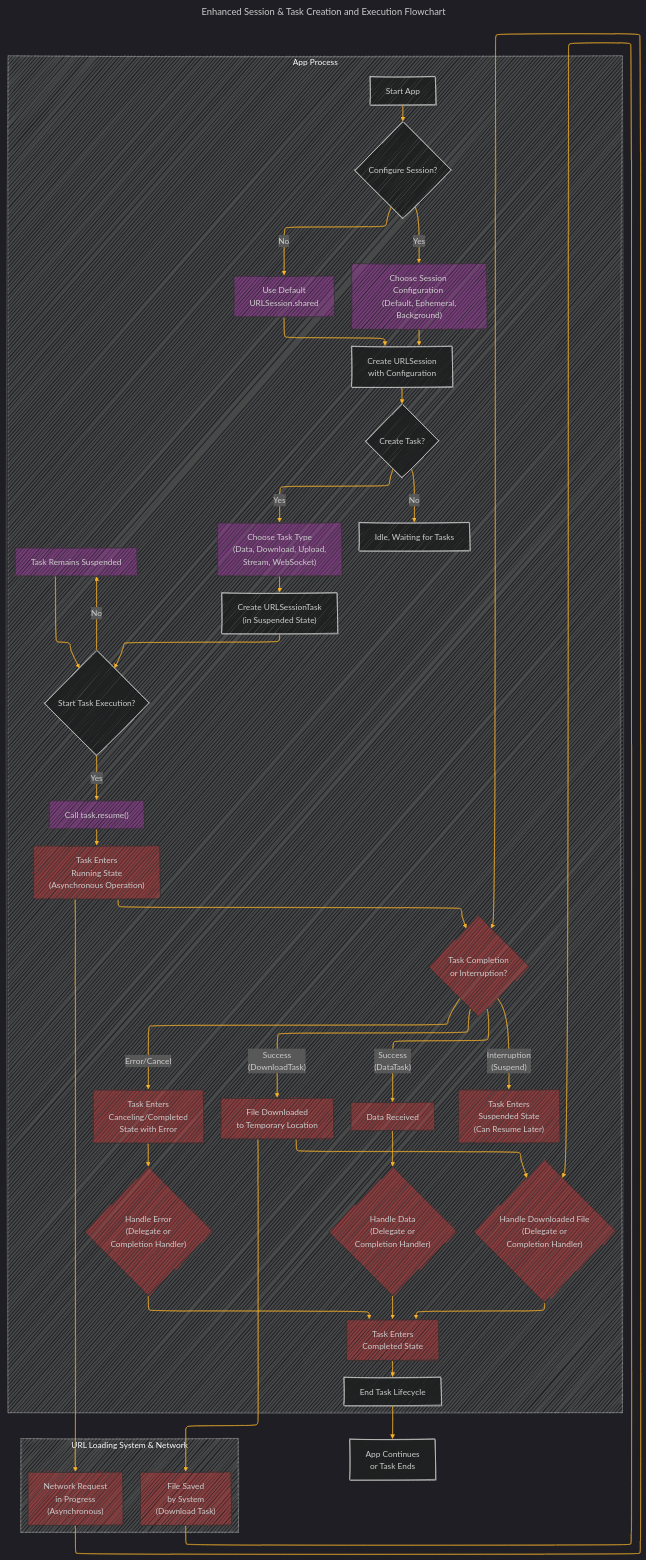
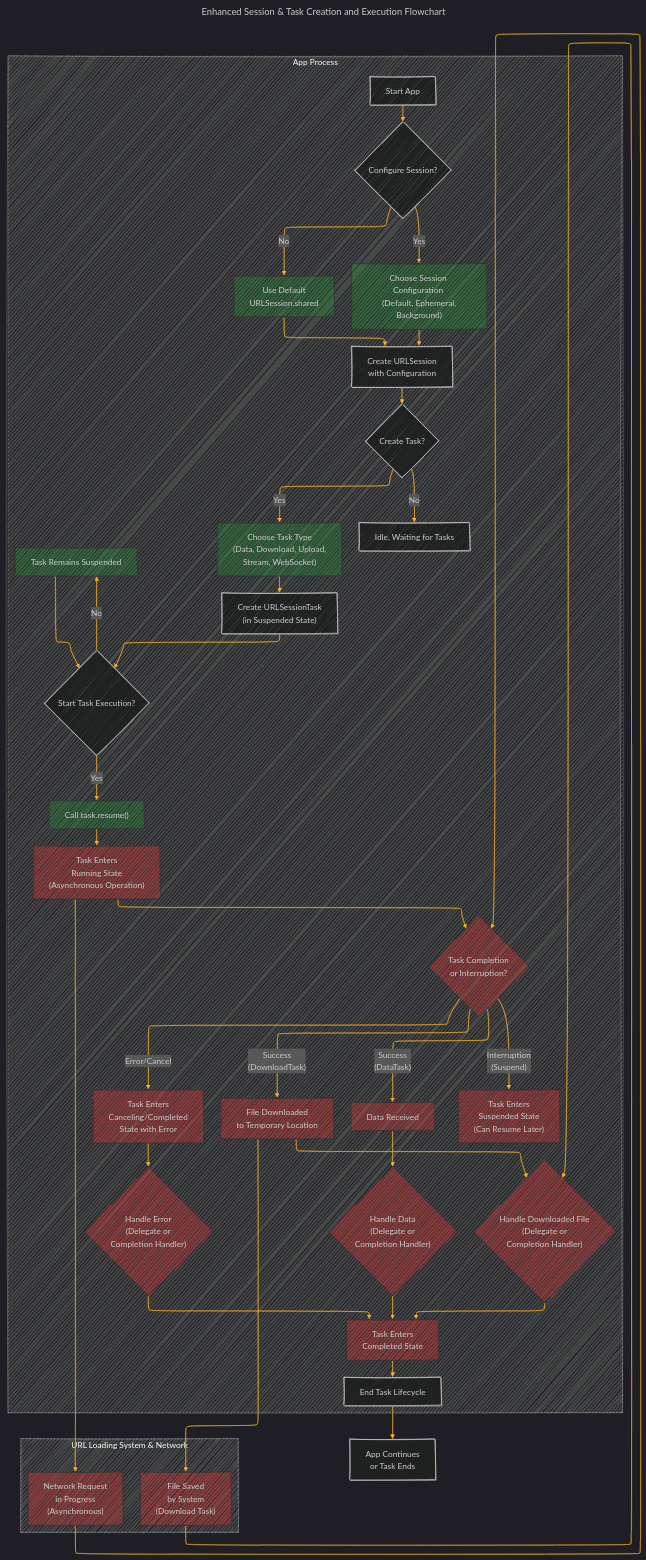
One commit to CongLeSolutionX/iOS-development-vault changed the second of 4 diagrams in WEB_TECH/URL_Loading_System/URL_Loading_System_V2.md. Above: the diagram before and after it, drawn with Mermaid.

Commit message:
update notes

````diff
--- a/WEB_TECH/URL_Loading_System/URL_Loading_System_V2.md
+++ b/WEB_TECH/URL_Loading_System/URL_Loading_System_V2.md
@@ -172,77 +172,72 @@
 ```mermaid
 ---
 title: Enhanced Session & Task Creation and Execution Flowchart
 config:
   layout: elk
   look: handDrawn
   theme: dark
 ---
 %%{
   init: {
     'fontFamily': 'verdana',
     'themeVariables': {
       'primaryColor': '#BB2528',
       'primaryTextColor': '#f529',
       'primaryBorderColor': '#7C0000',
       'lineColor': '#F8B229',
       'secondaryColor': '#006100',
       'tertiaryColor': '#fff'
     }
   }
 }%%
 flowchart TB
     subgraph App_Process["App Process"]
         A[Start App] --> B{Configure Session?}
         B -- Yes --> BA["Choose Session Configuration <br>(Default, Ephemeral,<br>Background)"]
         BA --> C[Create URLSession <br>with Configuration]
         B -- No --> CA[Use Default <br>URLSession.shared]
         CA --> C
 
         C --> D{Create Task?}
         D -- Yes --> DA["Choose Task Type <br>(Data, Download, Upload,<br>Stream, WebSocket)"]
         DA --> E["Create URLSessionTask <br>(in Suspended State)"]
         D -- No --> Z[Idle, Waiting for Tasks]
 
         E --> F{Start Task Execution?}
         F -- Yes --> FA["Call task.resume()"]
         FA --> G["Task Enters <br>Running State<br>(Asynchronous Operation)"]
         F -- No --> EE[Task Remains Suspended]
         EE --> F
         G --> H{Task Completion <br>or Interruption?}
 
         H -- Success<br>(DataTask) --> HA[Data Received]
         H -- Success<br>(DownloadTask) --> HB[File Downloaded <br>to Temporary Location]
         H -- Error/Cancel --> HC["Task Enters <br>Canceling/Completed <br>State with Error"]
         H -- Interruption<br>(Suspend) --> HD["Task Enters <br>Suspended State<br>(Can Resume Later)"]
 
         HA --> I{"Handle Data <br> (Delegate or <br>Completion Handler)"}
         HB --> J{"Handle Downloaded File <br>(Delegate or <br>Completion Handler)"}
         HC --> K{"Handle Error <br> (Delegate or <br>Completion Handler)"}
         I --> L[Task Enters <br>Completed State]
         J --> L
         K --> L
         L --> M[End Task Lifecycle]
     end
 
     subgraph URL_Loading_System_and_Network["URL Loading System & Network"]
         G --> N["Network Request <br>in Progress <br>(Asynchronous)"]
         N --> H
         HB --> O["File Saved <br>by System <br>(Download Task)"]
         O --> J
     end
 
     M --> P["App Continues <br>or Task Ends"]
 
-
-    style BA fill:#c3c5,stroke:#333,stroke-width:1px
-    style CA fill:#c3c5,stroke:#333,stroke-width:1px
-    style DA fill:#c3c5,stroke:#333,stroke-width:1px
-    style EE fill:#c3c5,stroke:#333,stroke-width:1px
-    style FA fill:#c3c5,stroke:#333,stroke-width:1px
+    classDef Style_for_Elements_in_Process_2 fill:#2935,stroke:#333,stroke-width:1px
+    class BA,CA,DA,EE,FA Style_for_Elements_in_Process_2
+    
 
     classDef Style_for_Elements_in_Process_1 fill:#f335,stroke:#333,stroke-width:1px
-
-
     class G,H,HA,HB,HC,HD,I,J,K,L,N,O Style_for_Elements_in_Process_1
 
 ```
````
